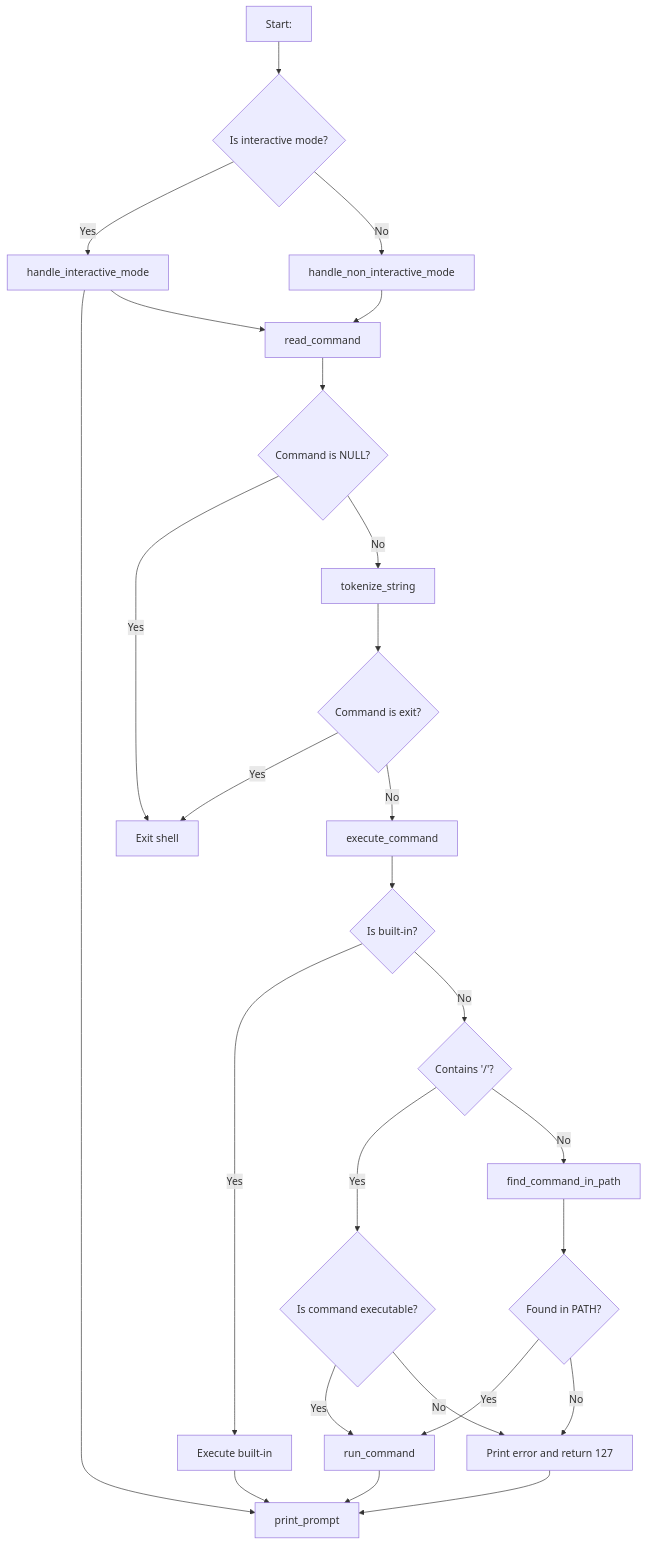
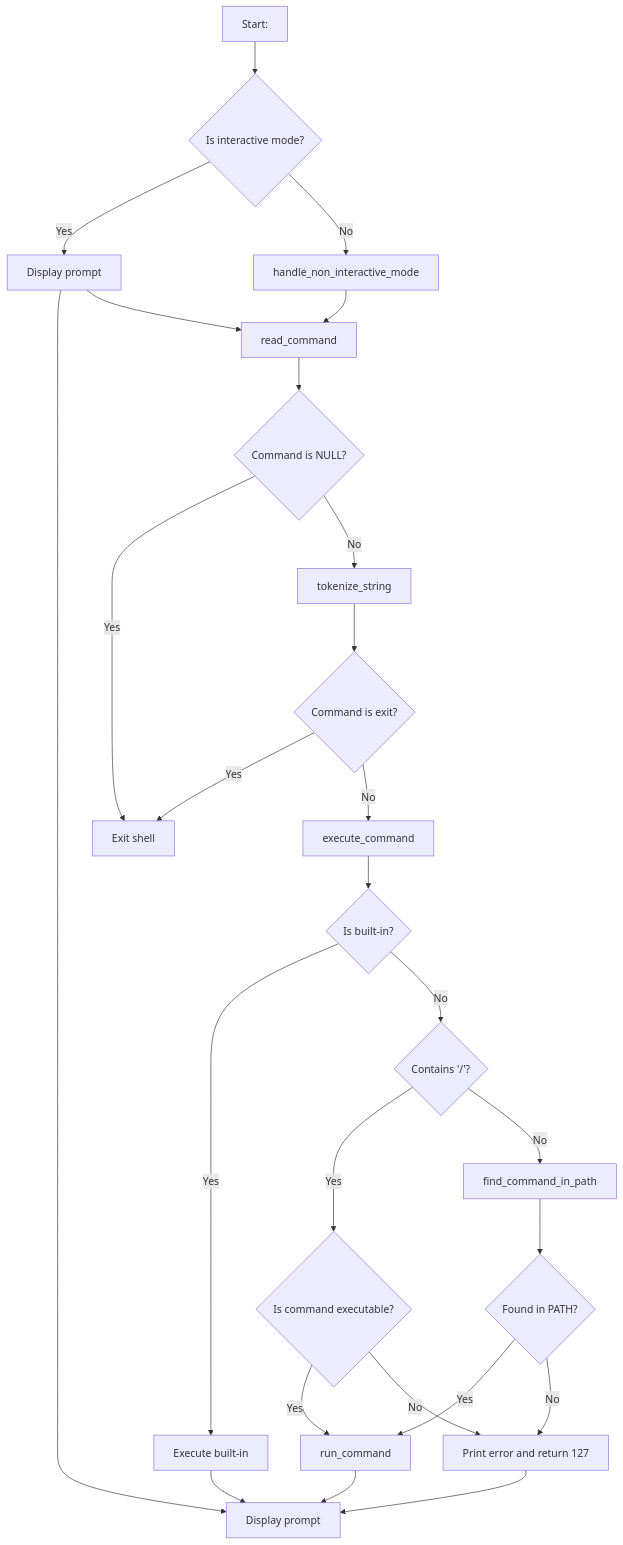
The diagram in README.md (AnneCecile2935/holbertonschool-simple_shell), drawn with Mermaid before and after one commit.

Commit message:
git commit -am "Update project flowchart: added detailed Mermaid diagram for shell execution logic"

````diff
--- a/README.md
+++ b/README.md
@@ -234,36 +234,36 @@
 ```mermaid
 flowchart TD
 
     A[Start:] --> B{Is interactive mode?}
-    B -- Yes --> C[handle_interactive_mode]
+    B -- Yes --> C[Display prompt]
     B -- No --> D[handle_non_interactive_mode]
 
-    C --> E[print_prompt]
+    C --> E[Display prompt]
     C --> F[read_command]
     D --> F
 
     F --> G{Command is NULL?}
     G -- Yes --> Z[Exit shell]
     G -- No --> H[tokenize_string]
 
     H --> I{Command is exit?}
     I -- Yes --> Z
     I -- No --> J[execute_command]
 
     J --> K{Is built-in?}
     K -- Yes --> L[Execute built-in]
     K -- No --> M{Contains '/'?}
 
     M -- Yes --> N{Is command executable?}
     N -- Yes --> O[run_command]
     N -- No --> P[Print error and return 127]
 
     M -- No --> Q[find_command_in_path]
     Q --> R{Found in PATH?}
     R -- Yes --> O
     R -- No --> P
 
     O --> E
     L --> E
     P --> E
 ```
````
